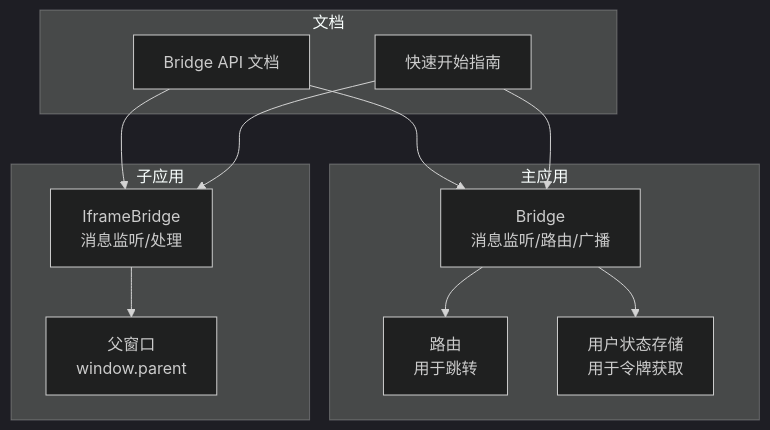
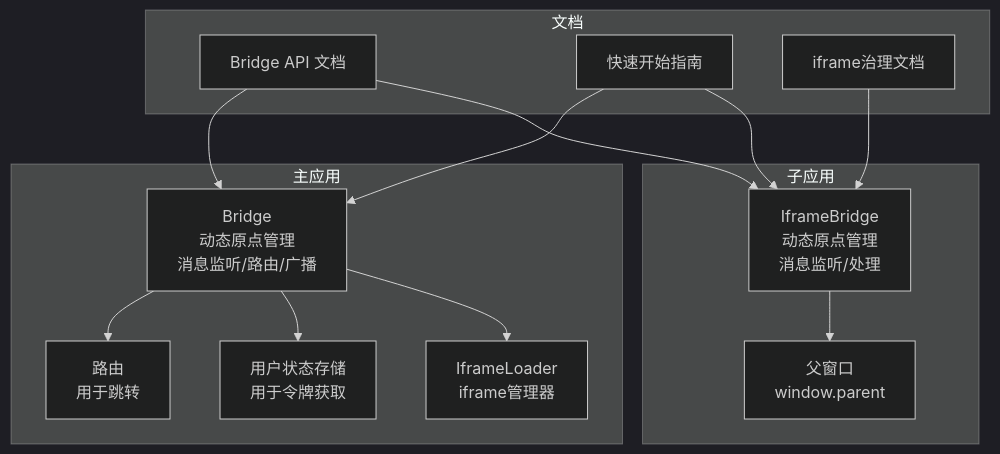
Before and after one commit to my-Sitara/artisan-base-frontend: the first of 5 diagrams in .qoder/repowiki/zh/content/核心组件/跨应用通信系统.md, drawn with Mermaid (dark theme). The commit also changed other lines of this file and 35 other files, not shown here.

````diff
--- a/.qoder/repowiki/zh/content/核心组件/跨应用通信系统.md
+++ b/.qoder/repowiki/zh/content/核心组件/跨应用通信系统.md
@@ -29,23 +40,27 @@
 ```mermaid
 graph TB
 subgraph "主应用"
-M_Bridge["Bridge<br/>消息监听/路由/广播"]
+M_Bridge["Bridge<br/>动态原点管理<br/>消息监听/路由/广播"]
 Router["路由<br/>用于跳转"]
 Store["用户状态存储<br/>用于令牌获取"]
+IframeLoader["IframeLoader<br/>iframe管理器"]
 end
 subgraph "子应用"
-I_Bridge["IframeBridge<br/>消息监听/处理"]
+I_Bridge["IframeBridge<br/>动态原点管理<br/>消息监听/处理"]
 Parent["父窗口<br/>window.parent"]
 end
 subgraph "文档"
 Docs_API["Bridge API 文档"]
 Docs_Guide["快速开始指南"]
+Docs_IFrame["iframe治理文档"]
 end
 M_Bridge --> Router
 M_Bridge --> Store
+M_Bridge --> IframeLoader
 I_Bridge --> Parent
 Docs_API --> M_Bridge
 Docs_API --> I_Bridge
 Docs_Guide --> M_Bridge
 Docs_Guide --> I_Bridge
+Docs_IFrame --> I_Bridge
 ```
````
